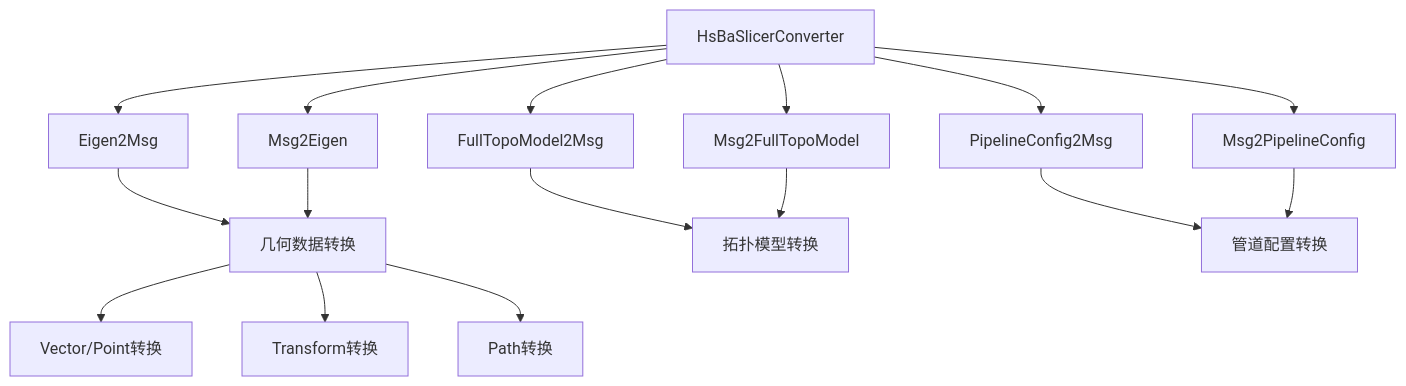
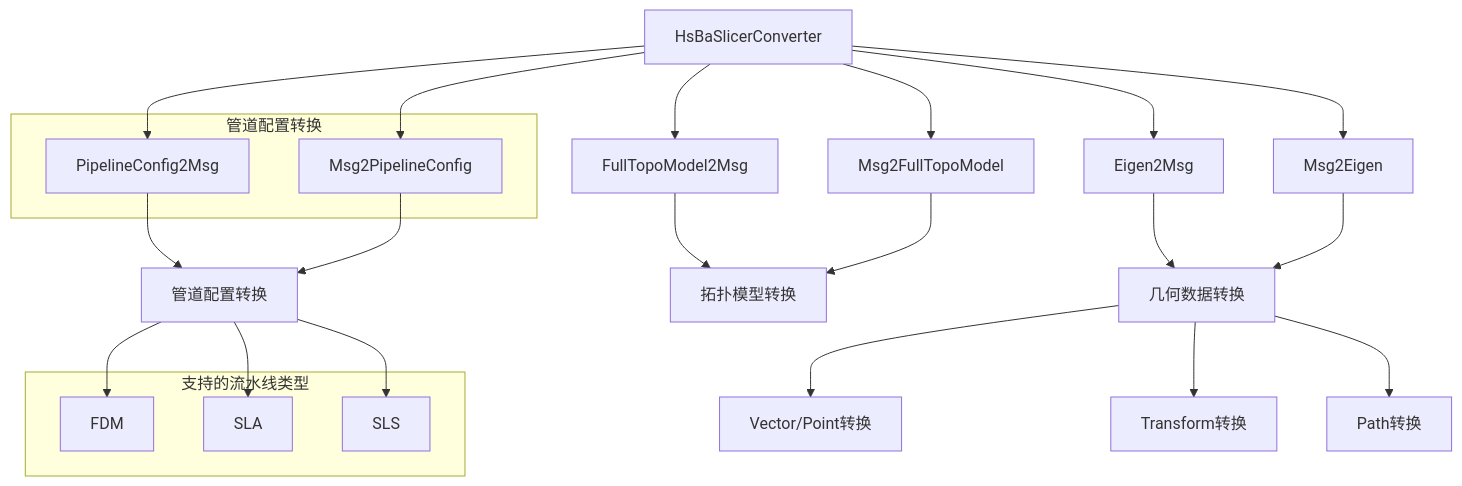
One commit to hsmbanlance/HsBaSlicer changed the sixth of 10 diagrams in .qoder/repowiki/zh/content/扩展与集成/Protobuf数据交换/Protobuf数据交换.md. Above: the diagram before and after it, drawn with Mermaid. The commit also changed other lines of this file and 19 other files, not shown here.

````diff
--- a/.qoder/repowiki/zh/content/扩展与集成/Protobuf数据交换/Protobuf数据交换.md
+++ b/.qoder/repowiki/zh/content/扩展与集成/Protobuf数据交换/Protobuf数据交换.md
@@ -241,18 +269,30 @@
 ```mermaid
 graph TD
 A[HsBaSlicerConverter] --> B[Eigen2Msg]
 A --> C[Msg2Eigen]
 A --> D[FullTopoModel2Msg]
 A --> E[Msg2FullTopoModel]
 A --> F[PipelineConfig2Msg]
 A --> G[Msg2PipelineConfig]
 B --> H[几何数据转换]
 C --> H
 D --> I[拓扑模型转换]
 E --> I
 F --> J[管道配置转换]
 G --> J
 H --> K[Vector/Point转换]
 H --> L[Transform转换]
 H --> M[Path转换]
+subgraph "管道配置转换"
+F
+G
+end
+subgraph "支持的流水线类型"
+N[FDM]
+O[SLA]
+P[SLS]
+end
+J --> N
+J --> O
+J --> P
 ```
````
